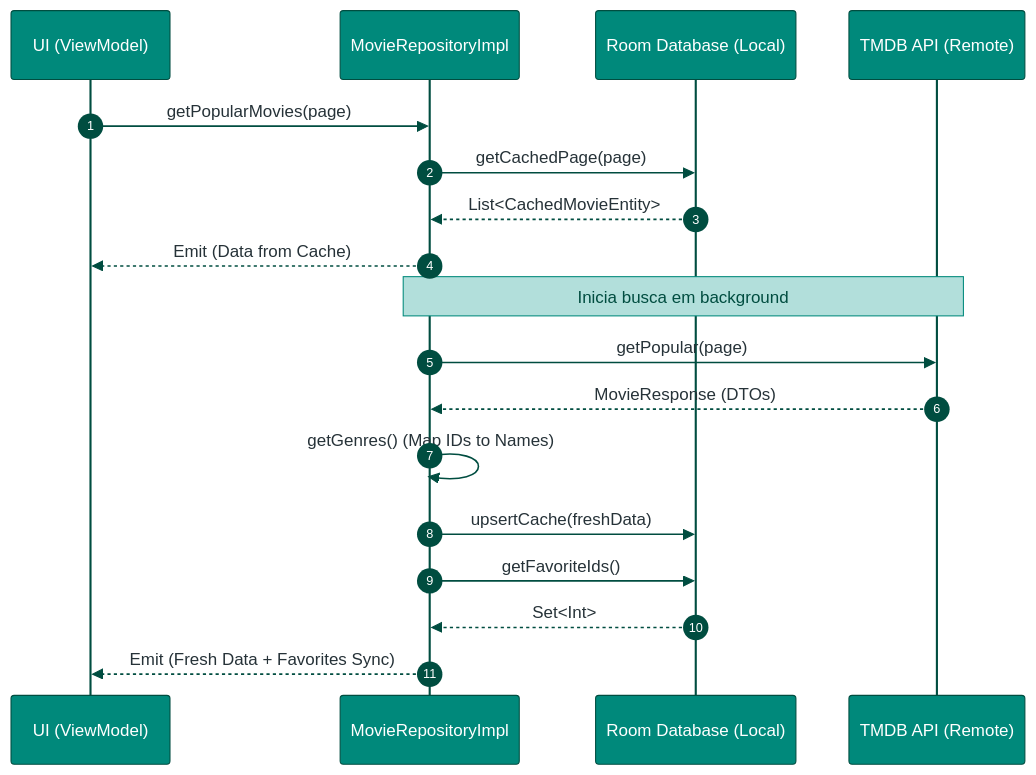
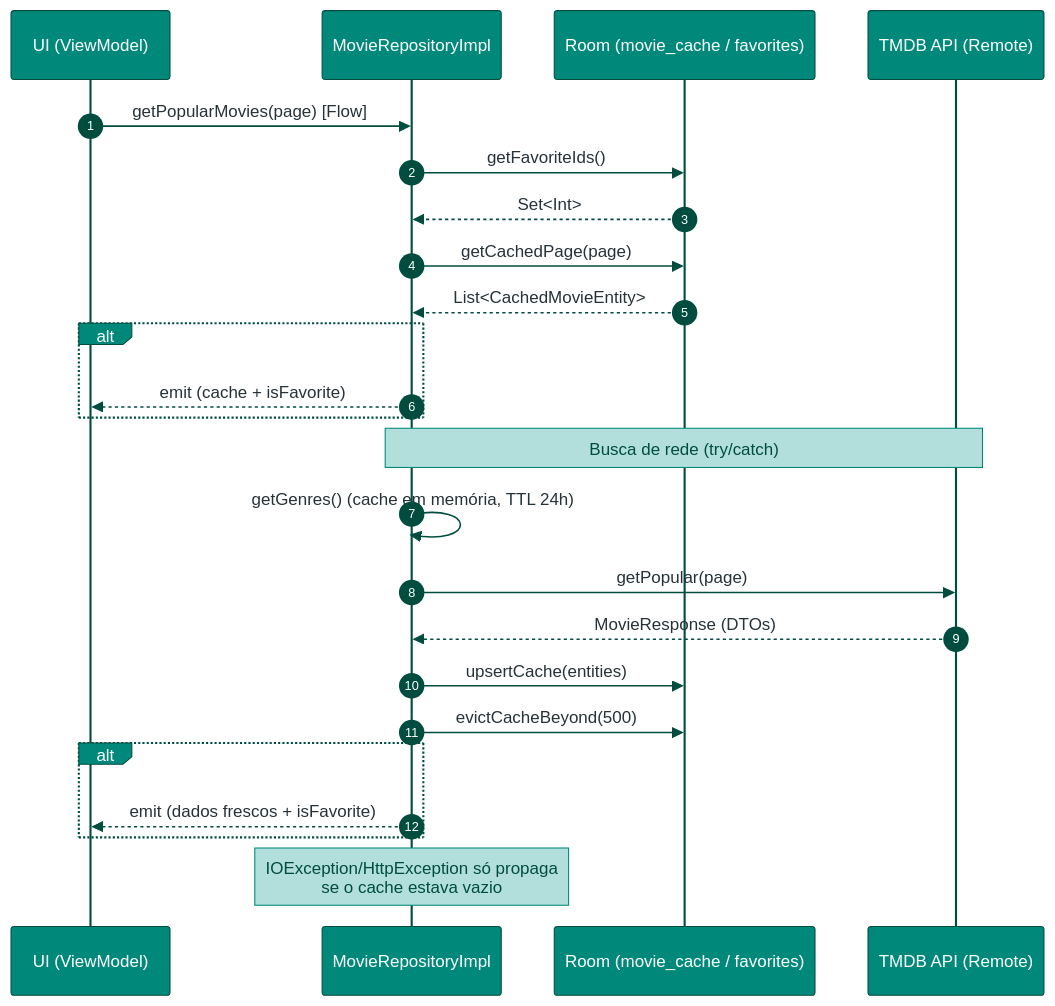
One commit to victorsantanaa/MovieFlux changed the third of 9 diagrams in docs/movie_flux_diagrams.md. Above: the diagram before and after it, drawn with Mermaid. The commit also changed other lines of this file, not shown here.

Commit message:
feat: update authentication flow diagrams and enhance data synchronization details

````diff
--- a/docs/movie_flux_diagrams.md
+++ b/docs/movie_flux_diagrams.md
@@ -66,26 +96,31 @@
 ```mermaid
 %%{init: {'theme':'base', 'themeVariables': {'actorBkg':'#00897B','actorBorder':'#004D40','actorTextColor':'#FFFFFF','signalColor':'#004D40','signalTextColor':'#263238','noteBkgColor':'#B2DFDB','noteBorderColor':'#00897B','noteTextColor':'#004D40','sequenceNumberColor':'#FFFFFF'}}}%%
 sequenceDiagram
     autonumber
     participant UI as UI (ViewModel)
     participant Repo as MovieRepositoryImpl
-    participant DB as Room Database (Local)
+    participant DB as Room (movie_cache / favorites)
     participant API as TMDB API (Remote)
 
-    UI->>Repo: getPopularMovies(page)
+    UI->>Repo: getPopularMovies(page) [Flow]
+    Repo->>DB: getFavoriteIds()
+    DB-->>Repo: Set<Int>
     Repo->>DB: getCachedPage(page)
     DB-->>Repo: List<CachedMovieEntity>
-    Repo-->>UI: Emit (Data from Cache)
+    alt cache não vazio
+        Repo-->>UI: emit (cache + isFavorite)
+    end
 
-    Note over Repo, API: Inicia busca em background
+    Note over Repo, API: Busca de rede (try/catch)
+    Repo->>Repo: getGenres() (cache em memória, TTL 24h)
     Repo->>API: getPopular(page)
     API-->>Repo: MovieResponse (DTOs)
+    Repo->>DB: upsertCache(entities)
+    Repo->>DB: evictCacheBeyond(500)
 
-    Repo->>Repo: getGenres() (Map IDs to Names)
-    Repo->>DB: upsertCache(freshData)
+    alt remoteIds != cachedIds
+        Repo-->>UI: emit (dados frescos + isFavorite)
+    end
 
-    Repo->>DB: getFavoriteIds()
-    DB-->>Repo: Set<Int>
-
-    Repo-->>UI: Emit (Fresh Data + Favorites Sync)
+    Note over Repo: IOException/HttpException só propaga<br/>se o cache estava vazio
 ```
````
